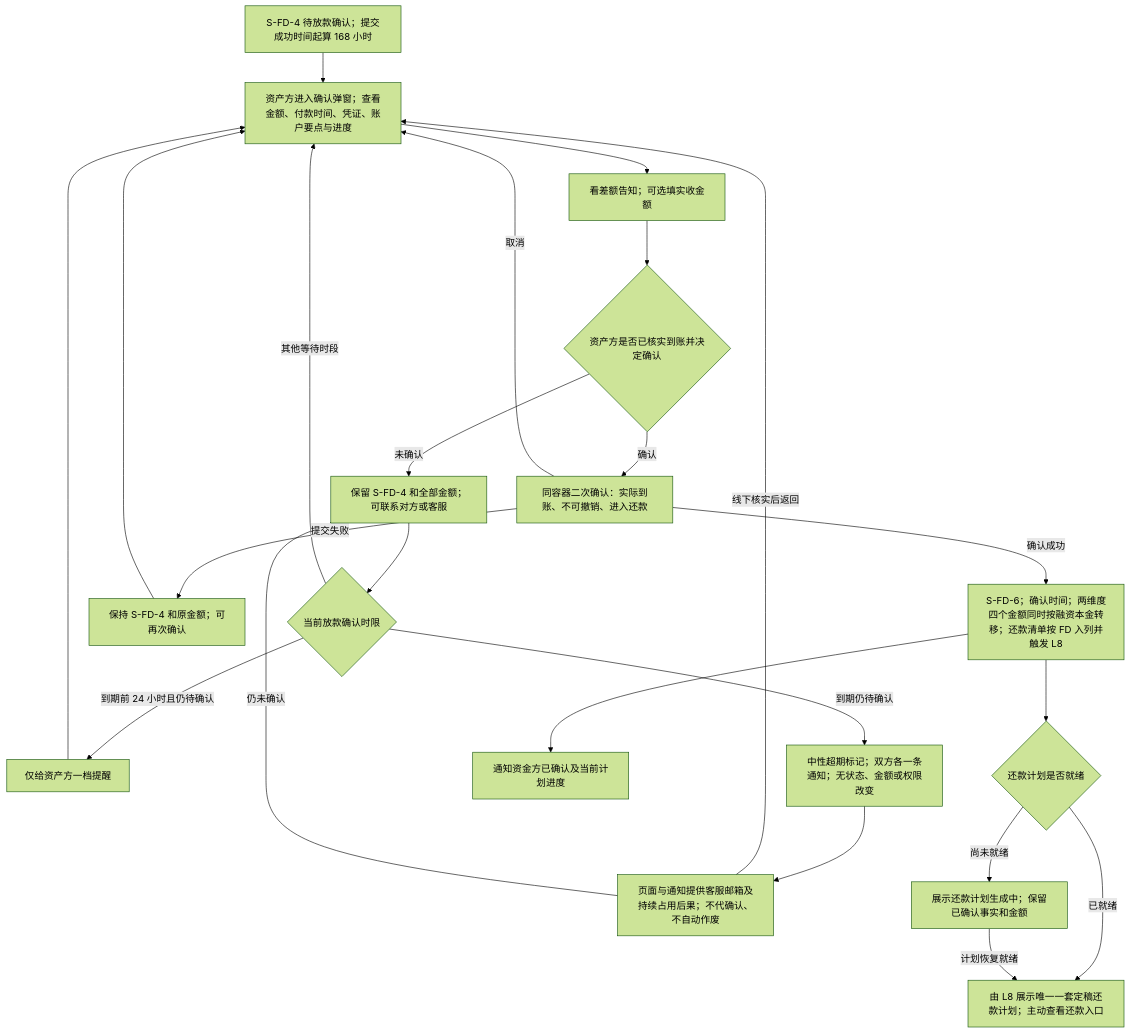
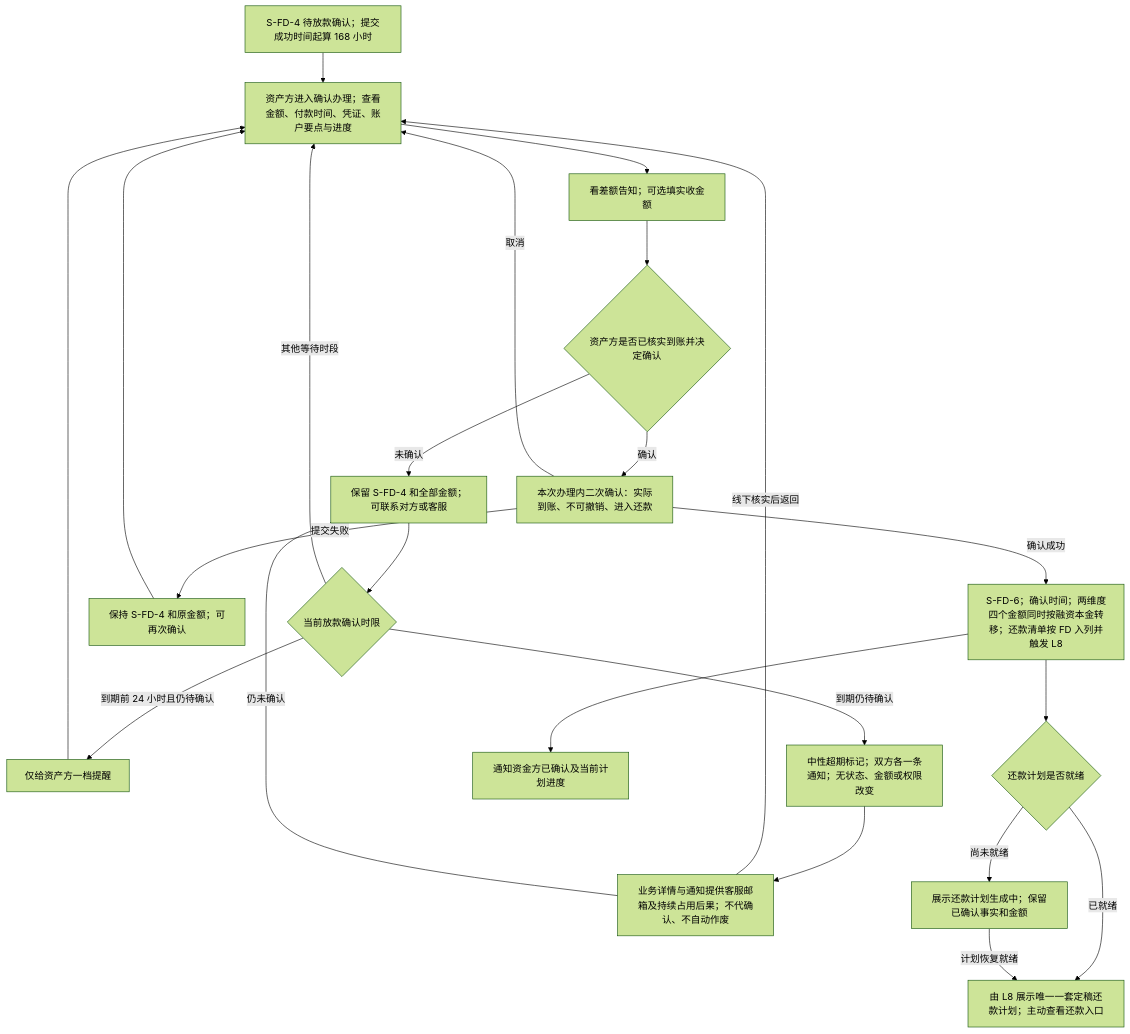
Before and after one commit to wxblockchain/Chain-Financing: the fourth of 6 diagrams in lending-platform/PRD/v1.0-借贷广场-放款与放款确认/02-放款与放款确认-流程图与状态机.md, drawn with Mermaid (forest theme). The commit also changed other lines of this file and 4 other files, not shown here.

````diff
--- a/lending-platform/PRD/v1.0-借贷广场-放款与放款确认/02-放款与放款确认-流程图与状态机.md
+++ b/lending-platform/PRD/v1.0-借贷广场-放款与放款确认/02-放款与放款确认-流程图与状态机.md
@@ -108,25 +108,25 @@
 ```mermaid
 flowchart TD
-  A[S-FD-4 待放款确认；提交成功时间起算 168 小时] --> B[资产方进入确认弹窗；查看金额、付款时间、凭证、账户要点与进度]
+  A[S-FD-4 待放款确认；提交成功时间起算 168 小时] --> B[资产方进入确认办理；查看金额、付款时间、凭证、账户要点与进度]
   B --> C[看差额告知；可选填实收金额]
   C --> D{资产方是否已核实到账并决定确认}
   D -->|未确认| E[保留 S-FD-4 和全部金额；可联系对方或客服]
   E --> F{当前放款确认时限}
   F -->|到期前 24 小时且仍待确认| G[仅给资产方一档提醒]
   F -->|到期仍待确认| H[中性超期标记；双方各一条通知；无状态、金额或权限改变]
   F -->|其他等待时段| B
   G --> B
-  H --> I[页面与通知提供客服邮箱及持续占用后果；不代确认、不自动作废]
+  H --> I[业务详情与通知提供客服邮箱及持续占用后果；不代确认、不自动作废]
   I -->|线下核实后返回| B
   I -->|仍未确认| E
-  D -->|确认| J[同容器二次确认：实际到账、不可撤销、进入还款]
+  D -->|确认| J[本次办理内二次确认：实际到账、不可撤销、进入还款]
   J -->|取消| B
   J -->|提交失败| K[保持 S-FD-4 和原金额；可再次确认]
   K --> B
   J -->|确认成功| L[S-FD-6；确认时间；两维度四个金额同时按融资本金转移；还款清单按 FD 入列并触发 L8]
   L --> M[通知资金方已确认及当前计划进度]
   L --> N{还款计划是否就绪}
   N -->|已就绪| O[由 L8 展示唯一一套定稿还款计划；主动查看还款入口]
   N -->|尚未就绪| P[展示还款计划生成中；保留已确认事实和金额]
   P -->|计划恢复就绪| O
 ```
````
